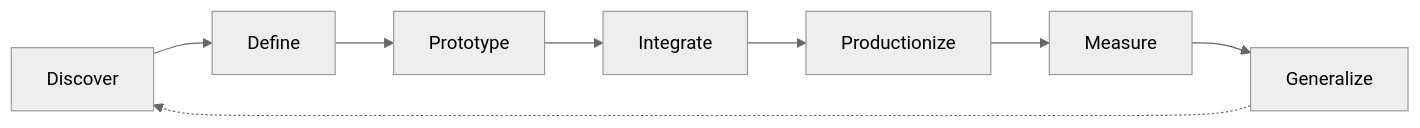
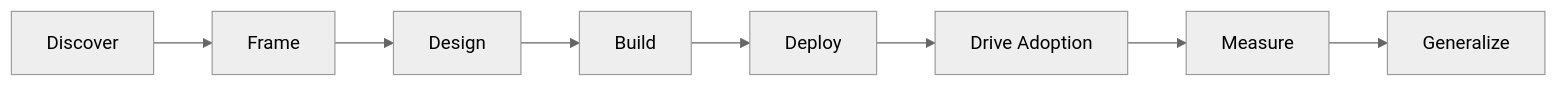
The diagram in Awesome-FDE-Resources.md (The-Gen-Academy/awesome-agentic-ai-resources), drawn with Mermaid (neutral theme) before and after one commit. The commit also changed other lines of this file, not shown here.

````diff
--- a/Awesome-FDE-Resources.md
+++ b/Awesome-FDE-Resources.md
@@ -20,10 +37,10 @@
 ```mermaid
 flowchart LR
-    A[Discover] --> B[Define]
-    B --> C[Prototype]
-    C --> D[Integrate]
-    D --> E[Productionize]
-    E --> F[Measure]
-    F --> G[Generalize]
-    G -.-> A
+    A["Discover"] --> B["Frame"]
+    B --> C["Design"]
+    C --> D["Build"]
+    D --> E["Deploy"]
+    E --> F["Drive Adoption"]
+    F --> G["Measure"]
+    G --> H["Generalize"]
 ```
````
